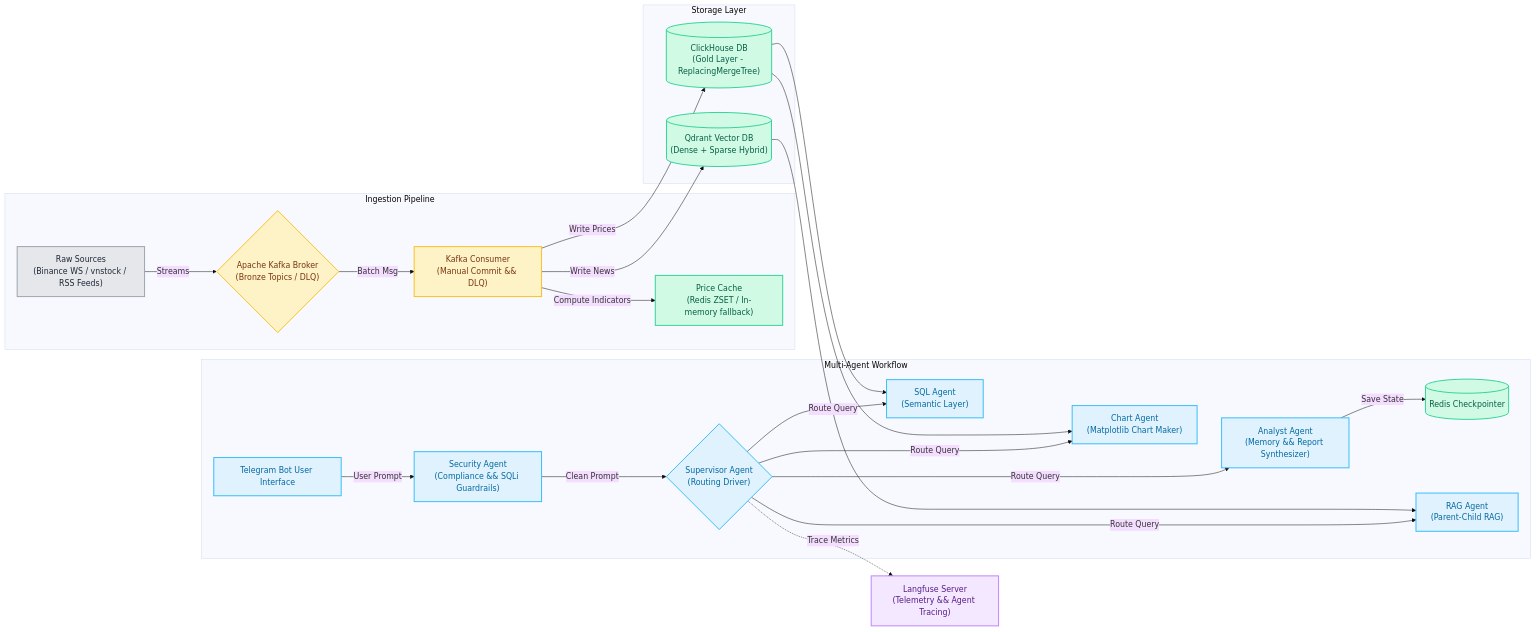
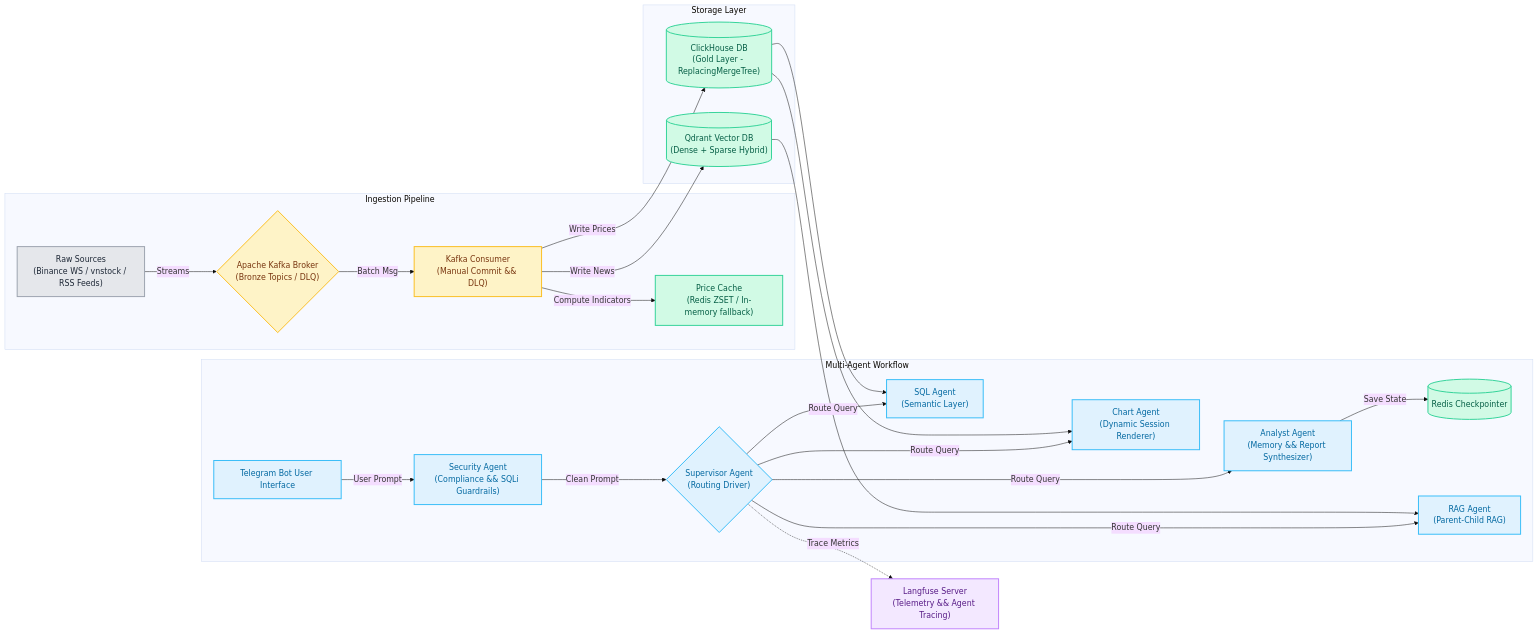
Before and after one commit to hovngnvm/financial-data-agent-system: the first of 2 diagrams in README.md, drawn with Mermaid (base theme). The commit also changed other lines of this file and 4 other files, not shown here.

Commit message:
test: add telegram integration tests and synchronize project architecture in readme

```diff
--- a/README.md
+++ b/README.md
@@ -43,7 +43,7 @@
         %% Specialist Workers
         SQLAgent["SQL Agent<br>(Semantic Layer)"]
         RAGAgent["RAG Agent<br>(Parent-Child RAG)"]
-        ChartAgent["Chart Agent<br>(Matplotlib Chart Maker)"]
+        ChartAgent["Chart Agent<br>(Dynamic Session Renderer)"]
         Analyst["Analyst Agent<br>(Memory && Report Synthesizer)"]
         Telegram -->|User Prompt| Security
         Security -->|Clean Prompt| Supervisor
```
